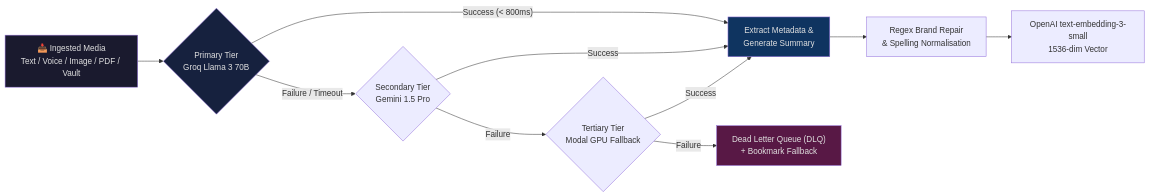
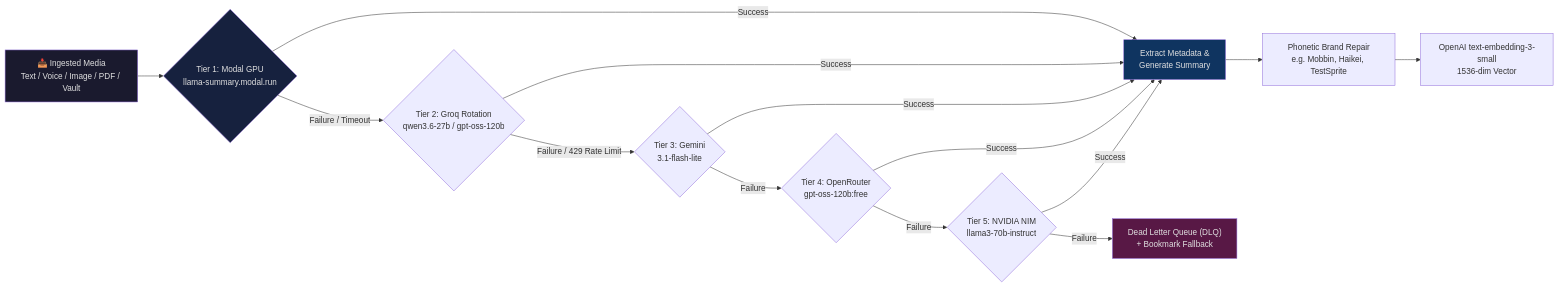
Before and after one commit to PriyanshuG27/Atrium: the third of 3 diagrams in README.md, drawn with Mermaid. The commit also changed other lines of this file, not shown here.

Commit message:
docs(readme): correct AI cascade architecture to 5-tier (Modal, Groq, Gemini, OpenRouter, NVIDIA NIM) and UI rooms (/archive, /map, /drill, /profile, /settings)

````diff
--- a/README.md
+++ b/README.md
@@ -217,17 +229,21 @@
 ```mermaid
 flowchart LR
-    A["📥 Ingested Media\nText / Voice / Image / PDF / Vault"] --> B{"Primary Tier\nGroq Llama 3 70B"}
-    B -->|"Success (< 800ms)"| E["Extract Metadata &\nGenerate Summary"]
-    B -->|"Failure / Timeout"| C{"Secondary Tier\nGemini 1.5 Pro"}
+    A["📥 Ingested Media\nText / Voice / Image / PDF / Vault"] --> B{"Tier 1: Modal GPU\nllama-summary.modal.run"}
+    B -->|"Success"| E["Extract Metadata &\nGenerate Summary"]
+    B -->|"Failure / Timeout"| C{"Tier 2: Groq Rotation\nqwen3.6-27b / gpt-oss-120b"}
     C -->|"Success"| E
-    C -->|"Failure"| D{"Tertiary Tier\nModal GPU Fallback"}
+    C -->|"Failure / 429 Rate Limit"| D{"Tier 3: Gemini\n3.1-flash-lite"}
     D -->|"Success"| E
-    D -->|"Failure"| F["Dead Letter Queue (DLQ)\n+ Bookmark Fallback"]
-    E --> G["Regex Brand Repair\n& Spelling Normalisation"]
+    D -->|"Failure"| OR{"Tier 4: OpenRouter\ngpt-oss-120b:free"}
+    OR -->|"Success"| E
+    OR -->|"Failure"| NV{"Tier 5: NVIDIA NIM\nllama3-70b-instruct"}
+    NV -->|"Success"| E
+    NV -->|"Failure"| F["Dead Letter Queue (DLQ)\n+ Bookmark Fallback"]
+    E --> G["Phonetic Brand Repair\ne.g. Mobbin, Haikei, TestSprite"]
     G --> H["OpenAI text-embedding-3-small\n1536-dim Vector"]
 
     style A fill:#1a1a2e,color:#e0e0e0
     style B fill:#16213e,color:#e0e0e0
     style E fill:#0f3460,color:#e0e0e0
     style F fill:#581845,color:#e0e0e0
 ```
````
